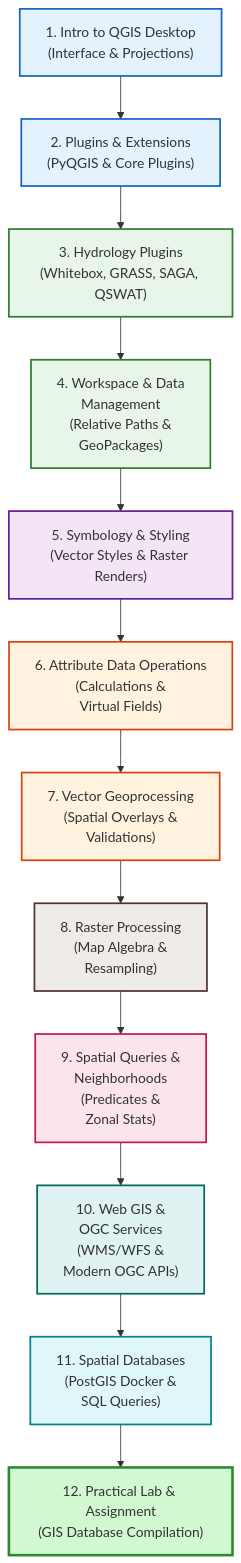
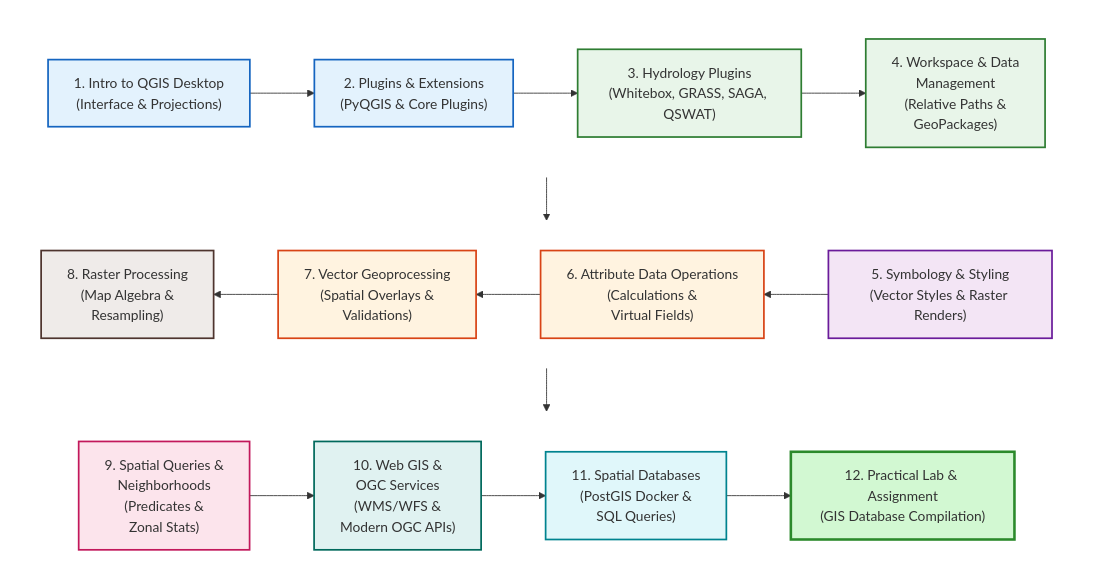
One commit to Rotten-Grapes-Pvt-Ltd/QGIS-WECS changed the diagram in docs/day3/index.md. Above: the diagram before and after it, drawn with Mermaid. The commit also changed 5 other files, not shown here.

Commit message:
Refactor learning roadmaps on Days 1-5 to a compact grid-based snake flow

````diff
--- a/docs/day3/index.md
+++ b/docs/day3/index.md
@@ -35,28 +35,34 @@
 ```mermaid
-graph TD
-    M1["1. Intro to QGIS Desktop<br/>(Interface & Projections)"] --> M2["2. Plugins & Extensions<br/>(PyQGIS & Core Plugins)"]
-    M2 --> M3["3. Hydrology Plugins<br/>(Whitebox, GRASS, SAGA, QSWAT)"]
-    M3 --> M4["4. Workspace & Data <br> Management<br/>(Relative Paths & <br> GeoPackages)"]
-    M4 --> M5["5. Symbology & Styling<br/>(Vector Styles & Raster Renders)"]
-    M5 --> M6["6. Attribute Data Operations<br/>(Calculations & <br> Virtual Fields)"]
-    M6 --> M7["7. Vector Geoprocessing<br/>(Spatial Overlays & <br> Validations)"]
-    M7 --> M8["8. Raster Processing<br/>(Map Algebra & <br> Resampling)"]
-    M8 --> M9["9. Spatial Queries & <br> Neighborhoods<br/>(Predicates & <br> Zonal Stats)"]
-    M9 --> M10["10. Web GIS & <br> OGC Services<br/>(WMS/WFS & <br> Modern OGC APIs)"]
-    M10 --> M11["11. Spatial Databases<br/>(PostGIS Docker & <br> SQL Queries)"]
-    M11 --> M12["12. Practical Lab & Assignment<br/>(GIS Database Compilation)"]
+flowchart TD
+    subgraph Row1 [" "]
+        direction LR
+        M1["1. Intro to QGIS Desktop<br/>(Interface & Projections)"] --> M2["2. Plugins & Extensions<br/>(PyQGIS & Core Plugins)"] --> M3["3. Hydrology Plugins<br/>(Whitebox, GRASS, SAGA, QSWAT)"] --> M4["4. Workspace & Data <br> Management<br/>(Relative Paths & <br> GeoPackages)"]
+    end
+    subgraph Row2 [" "]
+        direction RL
+        M5["5. Symbology & Styling<br/>(Vector Styles & Raster Renders)"] --> M6["6. Attribute Data Operations<br/>(Calculations & <br> Virtual Fields)"] --> M7["7. Vector Geoprocessing<br/>(Spatial Overlays & <br> Validations)"] --> M8["8. Raster Processing<br/>(Map Algebra & <br> Resampling)"]
+    end
+    subgraph Row3 [" "]
+        direction LR
+        M9["9. Spatial Queries & <br> Neighborhoods<br/>(Predicates & <br> Zonal Stats)"] --> M10["10. Web GIS & <br> OGC Services<br/>(WMS/WFS & <br> Modern OGC APIs)"] --> M11["11. Spatial Databases<br/>(PostGIS Docker & <br> SQL Queries)"] --> M12["12. Practical Lab & Assignment<br/>(GIS Database Compilation)"]
+    end
+    M4 --> M5
+    M8 --> M9
 
     %% Premium styled flowchart nodes
     style M1 fill:#e3f2fd,stroke:#1565c0,stroke-width:2px
     style M2 fill:#e3f2fd,stroke:#1565c0,stroke-width:2px
     style M3 fill:#e8f5e9,stroke:#2e7d32,stroke-width:2px
     style M4 fill:#e8f5e9,stroke:#2e7d32,stroke-width:2px
     style M5 fill:#f3e5f5,stroke:#6a1b9a,stroke-width:2px
     style M6 fill:#fff3e0,stroke:#d84315,stroke-width:2px
     style M7 fill:#fff3e0,stroke:#d84315,stroke-width:2px
     style M8 fill:#efebe9,stroke:#4e342e,stroke-width:2px
     style M9 fill:#fce4ec,stroke:#c2185b,stroke-width:2px
     style M10 fill:#e0f2f1,stroke:#00695c,stroke-width:2px
     style M11 fill:#e0f7fa,stroke:#00838f,stroke-width:2px
     style M12 fill:#d2f8d2,stroke:#2b8a2b,stroke-width:3px
+    style Row1 fill:none,stroke:none,stroke-width:0px
+    style Row2 fill:none,stroke:none,stroke-width:0px
+    style Row3 fill:none,stroke:none,stroke-width:0px
 ```
````
